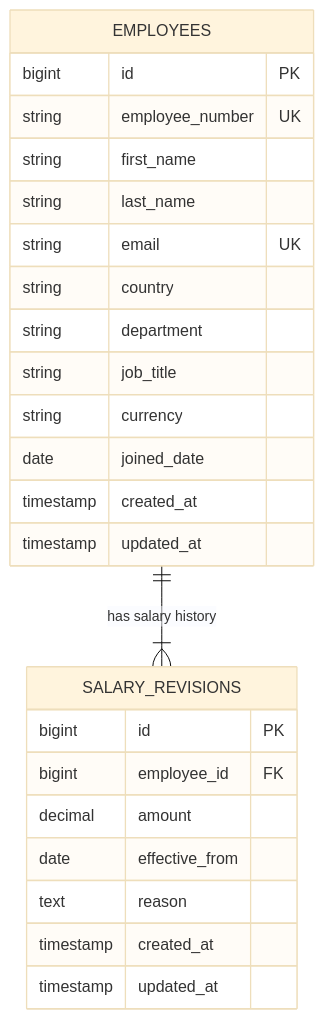
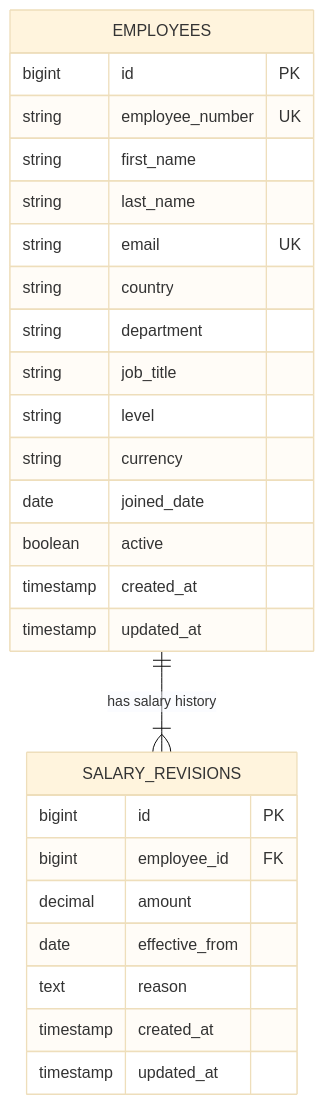
One commit to shivamkolli/salary-management changed the diagram in docs/data-model.md. Above: the diagram before and after it, drawn with Mermaid (base theme). The commit also changed other lines of this file and 10 other files, not shown here.

````diff
--- a/docs/data-model.md
+++ b/docs/data-model.md
@@ -13,27 +13,29 @@
 ```mermaid
 erDiagram
     EMPLOYEES ||--|{ SALARY_REVISIONS : "has salary history"
     EMPLOYEES {
         bigint id PK
         string employee_number UK
         string first_name
         string last_name
         string email UK
         string country
         string department
         string job_title
+        string level
         string currency
         date joined_date
+        boolean active
         timestamp created_at
         timestamp updated_at
     }
     SALARY_REVISIONS {
         bigint id PK
         bigint employee_id FK
         decimal amount
         date effective_from
         text reason
         timestamp created_at
         timestamp updated_at
     }
 ```
````
